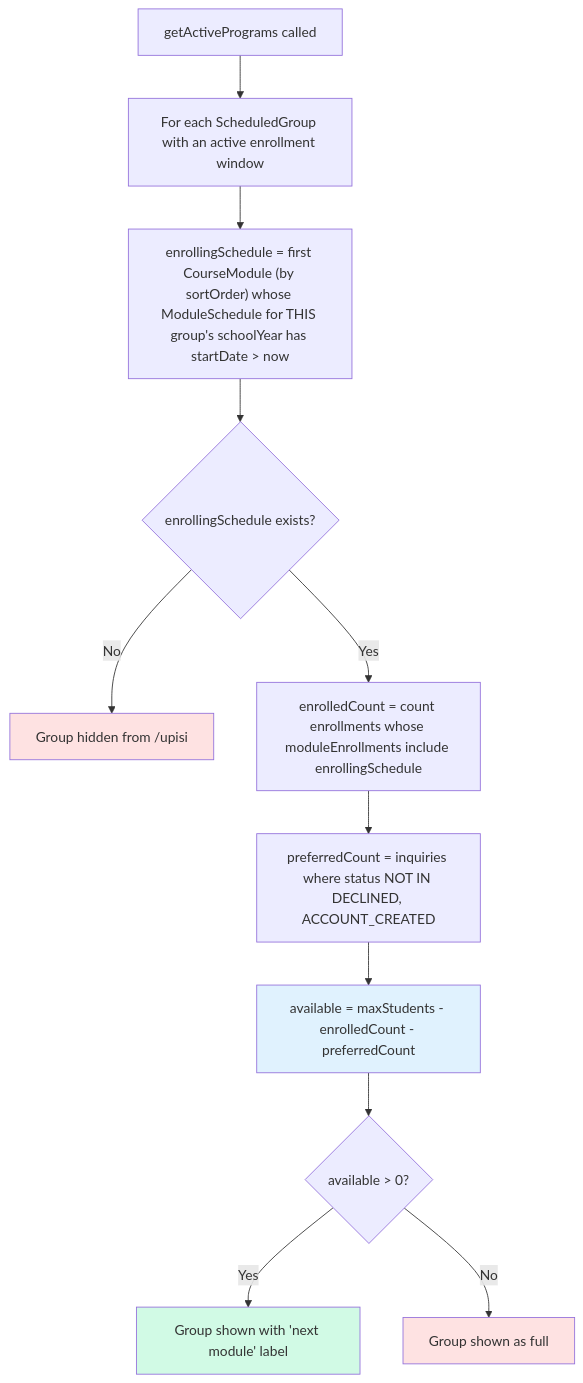
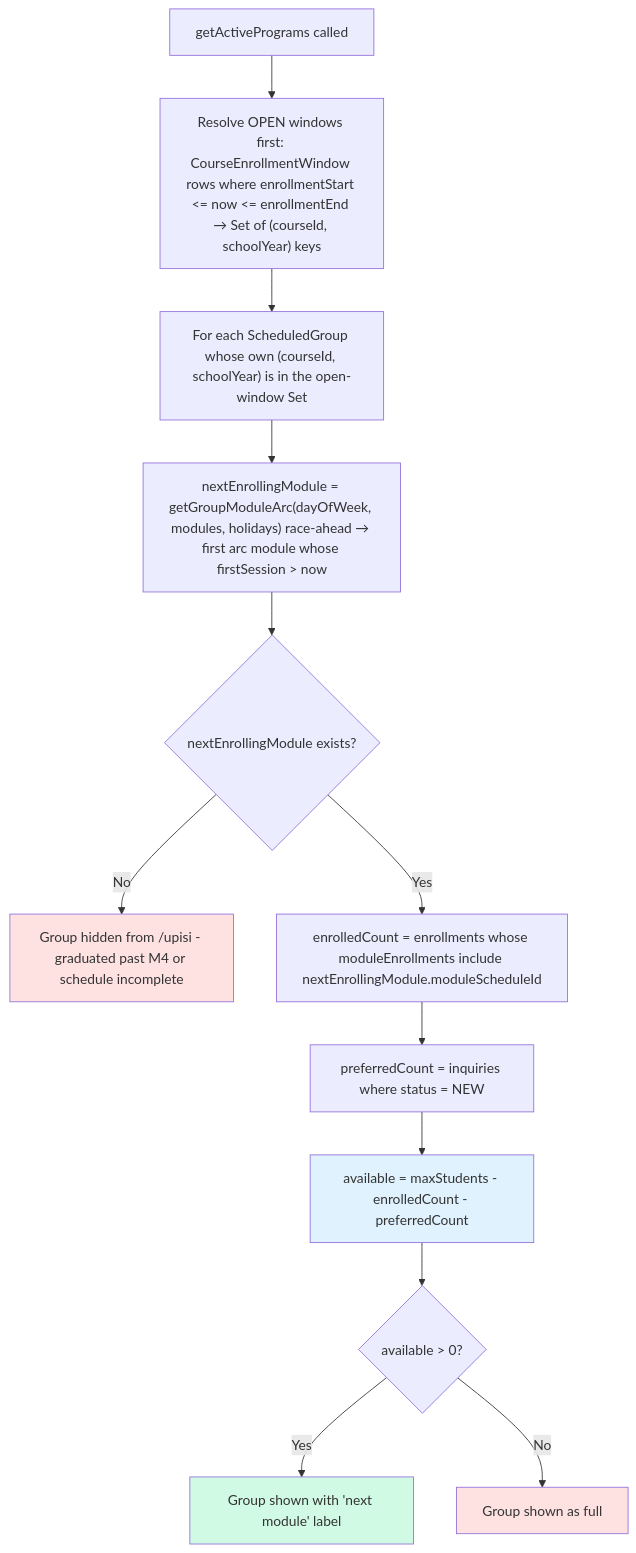
Before and after one commit to jpucic00/inovatic: the first of 12 diagrams in docs/diagrams/flowchart.md, drawn with Mermaid. The commit also changed other lines of this file and 2 other files, not shown here.

First line of the commit message:
Update ERD, flowchart, attendance diagrams to match current schema

````diff
--- a/docs/diagrams/flowchart.md
+++ b/docs/diagrams/flowchart.md
@@ -9,18 +9,19 @@
 ```mermaid
 flowchart TD
-    A[getActivePrograms called] --> B[For each ScheduledGroup with an active enrollment window]
-    B --> C["enrollingSchedule = first CourseModule (by sortOrder) whose ModuleSchedule for THIS group's schoolYear has startDate > now"]
-    C --> D{enrollingSchedule exists?}
-    D -->|No| HIDE[Group hidden from /upisi]
-    D -->|Yes| E["enrolledCount = count enrollments whose moduleEnrollments include enrollingSchedule"]
-    E --> F[preferredCount = inquiries where status NOT IN DECLINED, ACCOUNT_CREATED]
+    A[getActivePrograms called] --> A2["Resolve OPEN windows first: CourseEnrollmentWindow rows where enrollmentStart &lt;= now &lt;= enrollmentEnd → Set of (courseId, schoolYear) keys"]
+    A2 --> B["For each ScheduledGroup whose own (courseId, schoolYear) is in the open-window Set"]
+    B --> C["nextEnrollingModule = getGroupModuleArc(dayOfWeek, modules, holidays) race-ahead → first arc module whose firstSession &gt; now"]
+    C --> D{nextEnrollingModule exists?}
+    D -->|No| HIDE[Group hidden from /upisi - graduated past M4 or schedule incomplete]
+    D -->|Yes| E["enrolledCount = enrollments whose moduleEnrollments include nextEnrollingModule.moduleScheduleId"]
+    E --> F[preferredCount = inquiries where status = NEW]
     F --> G["available = maxStudents - enrolledCount - preferredCount"]
     G --> H{available > 0?}
     H -->|Yes| SHOW[Group shown with 'next module' label]
     H -->|No| FULL[Group shown as full]
 
     style HIDE fill:#fee2e2
     style SHOW fill:#d1fae5
     style FULL fill:#fee2e2
     style G fill:#e0f2fe
 ```
````
